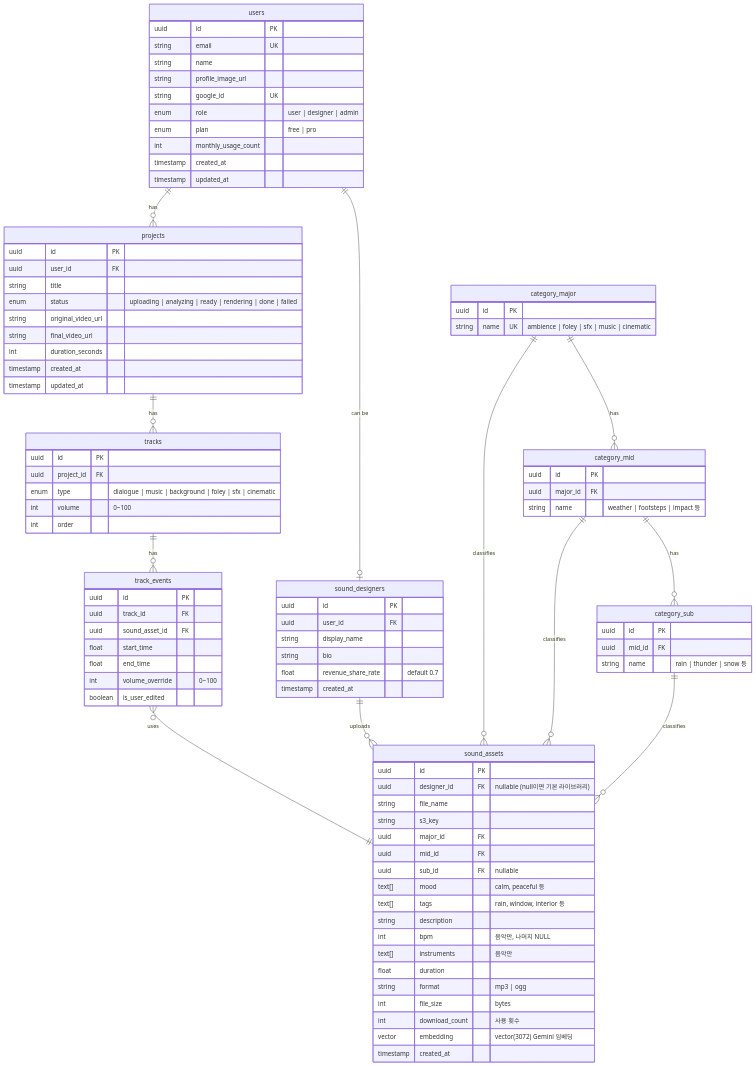
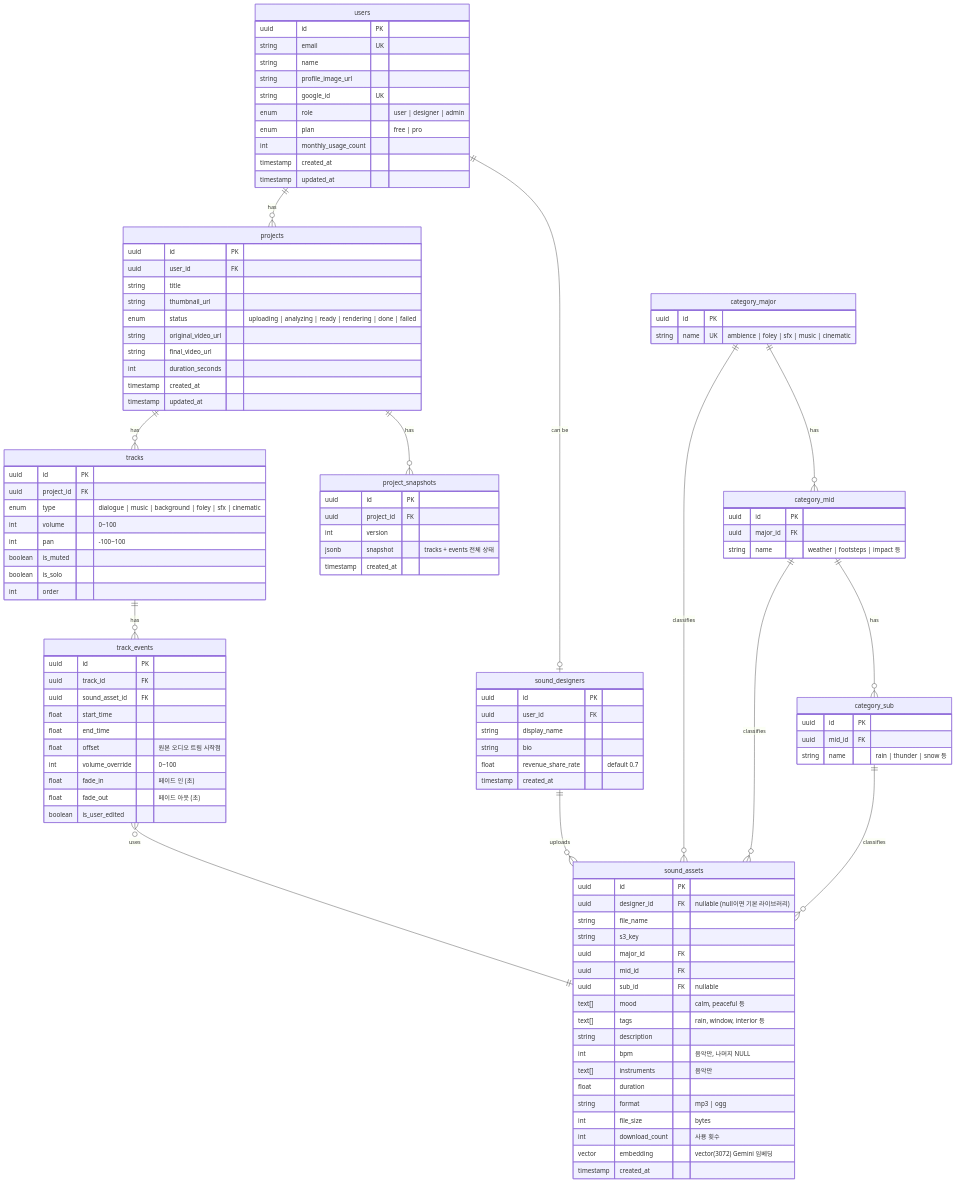
The diagram in back/03_erd.md (4azin/ausori_audio_PoC), drawn with Mermaid before and after one commit. The commit also changed other lines of this file, not shown here.

First line of the commit message:
docs(erd): add DAW editing metadata and project snapshots

```diff
--- a/back/03_erd.md
+++ b/back/03_erd.md
@@ -21,6 +21,7 @@
         uuid id PK
         uuid user_id FK
         string title
+        string thumbnail_url
         enum status "uploading | analyzing | ready | rendering | done | failed"
         string original_video_url
         string final_video_url
@@ -34,6 +35,9 @@
         uuid project_id FK
         enum type "dialogue | music | background | foley | sfx | cinematic"
         int volume "0~100"
+        int pan "-100~100"
+        boolean is_muted
+        boolean is_solo
         int order
     }
 
@@ -43,8 +47,19 @@
         uuid sound_asset_id FK
         float start_time
         float end_time
+        float offset "원본 오디오 트림 시작점"
         int volume_override "0~100"
+        float fade_in "페이드 인 (초)"
+        float fade_out "페이드 아웃 (초)"
         boolean is_user_edited
+    }
+
+    project_snapshots {
+        uuid id PK
+        uuid project_id FK
+        int version
+        jsonb snapshot "tracks + events 전체 상태"
+        timestamp created_at
     }
 
     category_major {
@@ -94,6 +109,7 @@
         timestamp created_at
     }
 
+    projects ||--o{ project_snapshots : "has"
     users ||--o{ projects : "has"
     users ||--o| sound_designers : "can be"
     projects ||--o{ tracks : "has"
```
